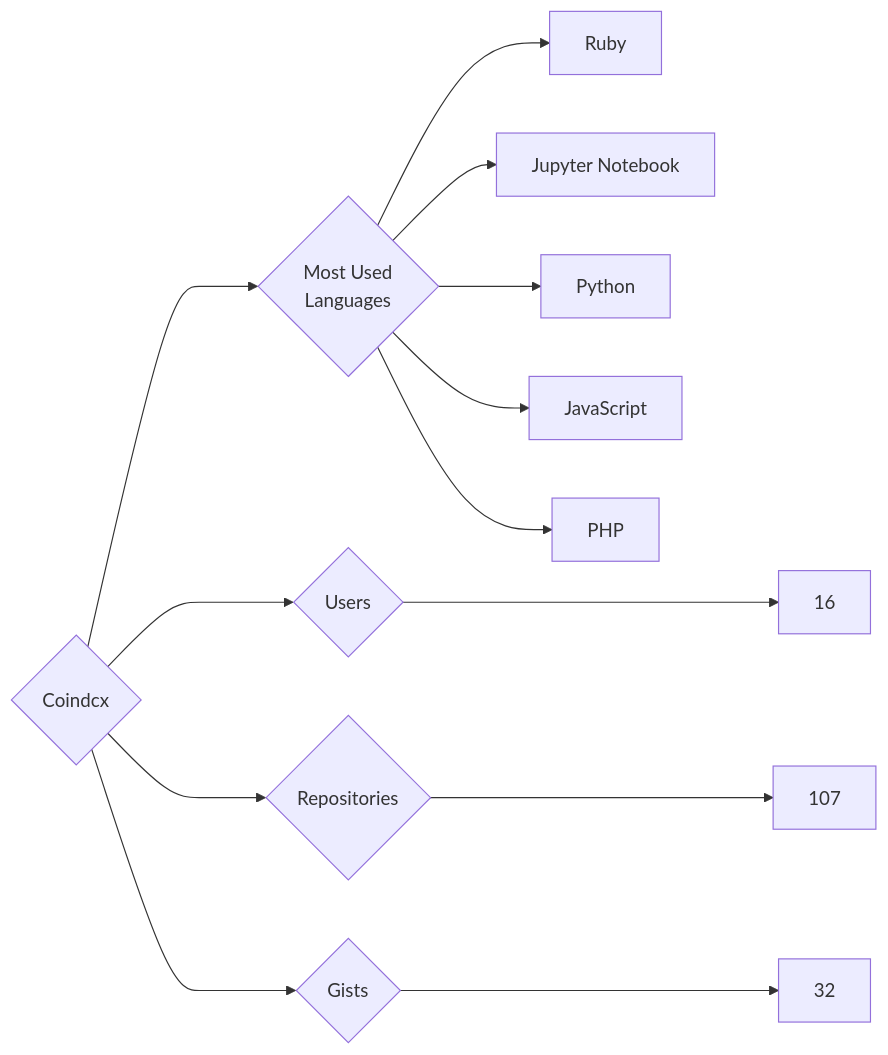
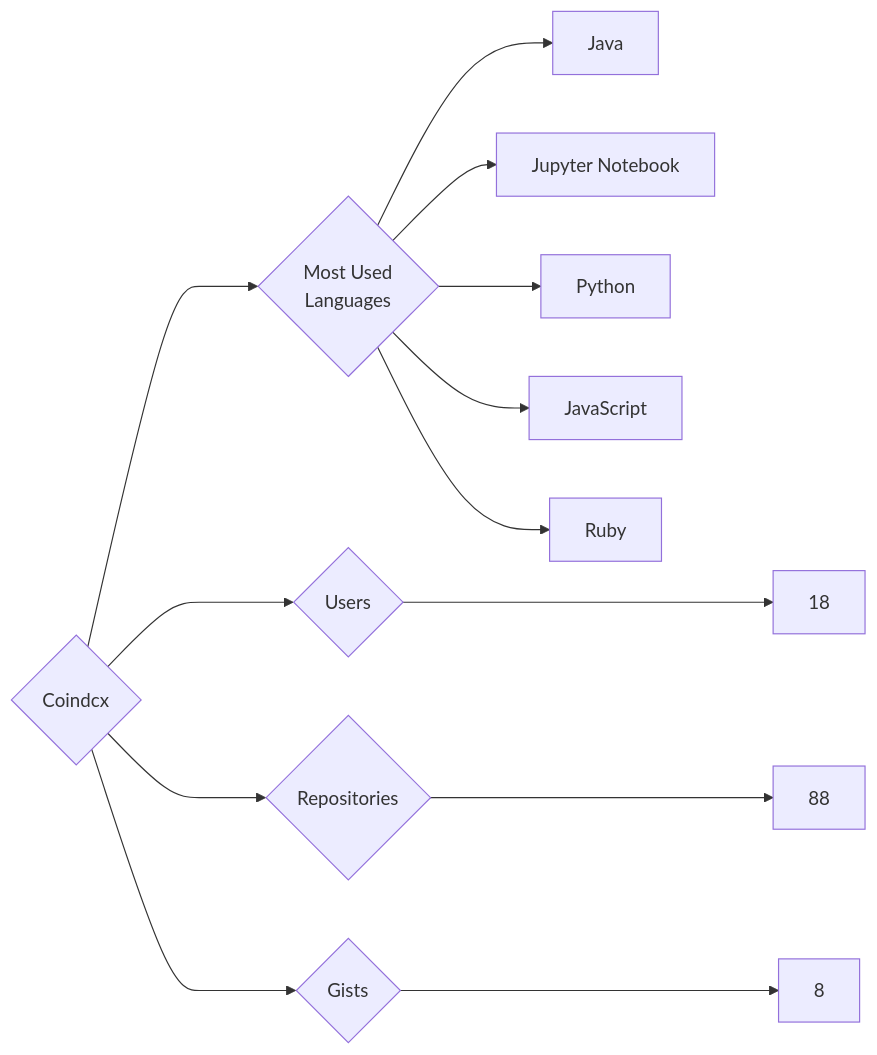
Before and after one commit to trickest/insiders: the diagram in targets/Coindcx/README.md, drawn with Mermaid. The commit also changed 838 other files, not shown here.

````diff
--- a/targets/Coindcx/README.md
+++ b/targets/Coindcx/README.md
@@ -3,13 +3,13 @@
 ```mermaid
 graph LR
 COMPANY_NAME{Coindcx}
-COMPANY_NAME ---> U{Users} ---> UN[16]
-COMPANY_NAME ---> R{Repositories} ---> RN[107]
-COMPANY_NAME ---> G{Gists} ---> GN[32]
+COMPANY_NAME ---> U{Users} ---> UN[18]
+COMPANY_NAME ---> R{Repositories} ---> RN[88]
+COMPANY_NAME ---> G{Gists} ---> GN[8]
 COMPANY_NAME ---> ML{Most Used<br>Languages}
-ML --> Ruby[Ruby]
+ML --> Java[Java]
 ML --> Jupyter_Notebook[Jupyter Notebook]
 ML --> Python[Python]
 ML --> JavaScript[JavaScript]
-ML --> PHP[PHP]
+ML --> Ruby[Ruby]
 ```
````
